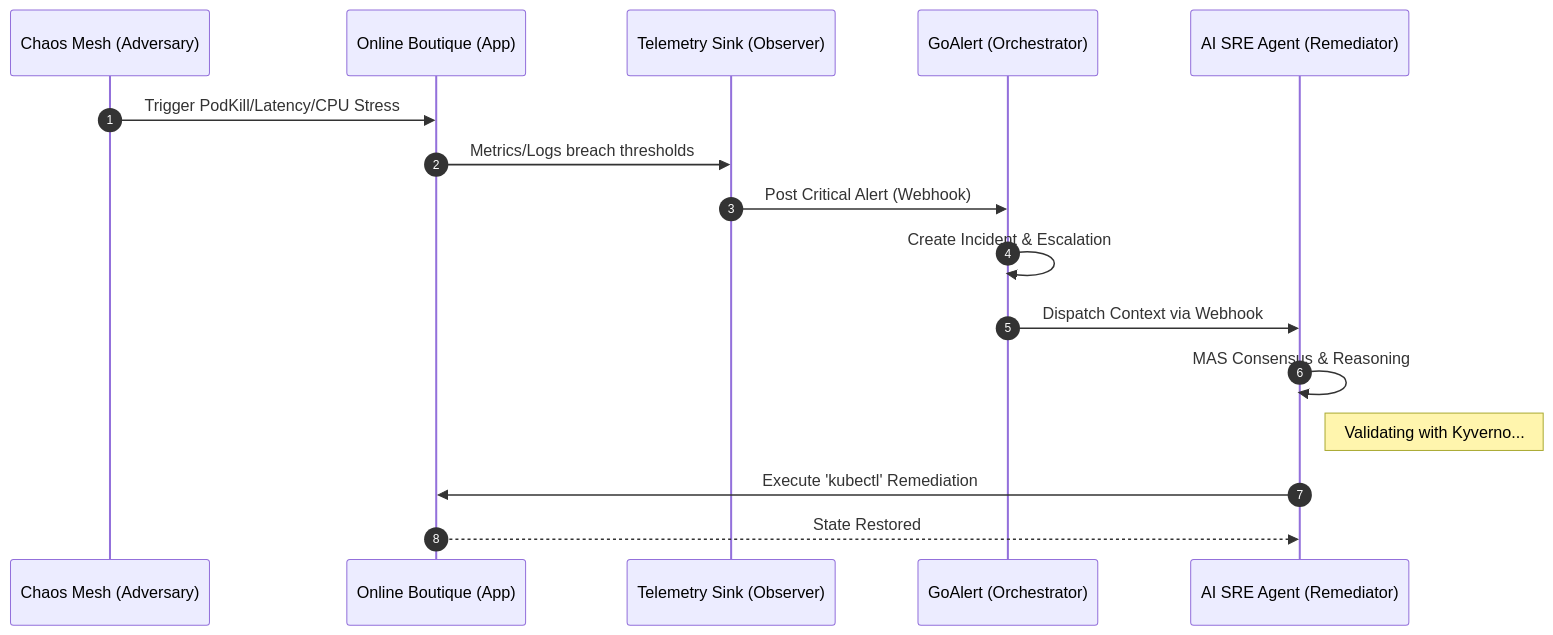
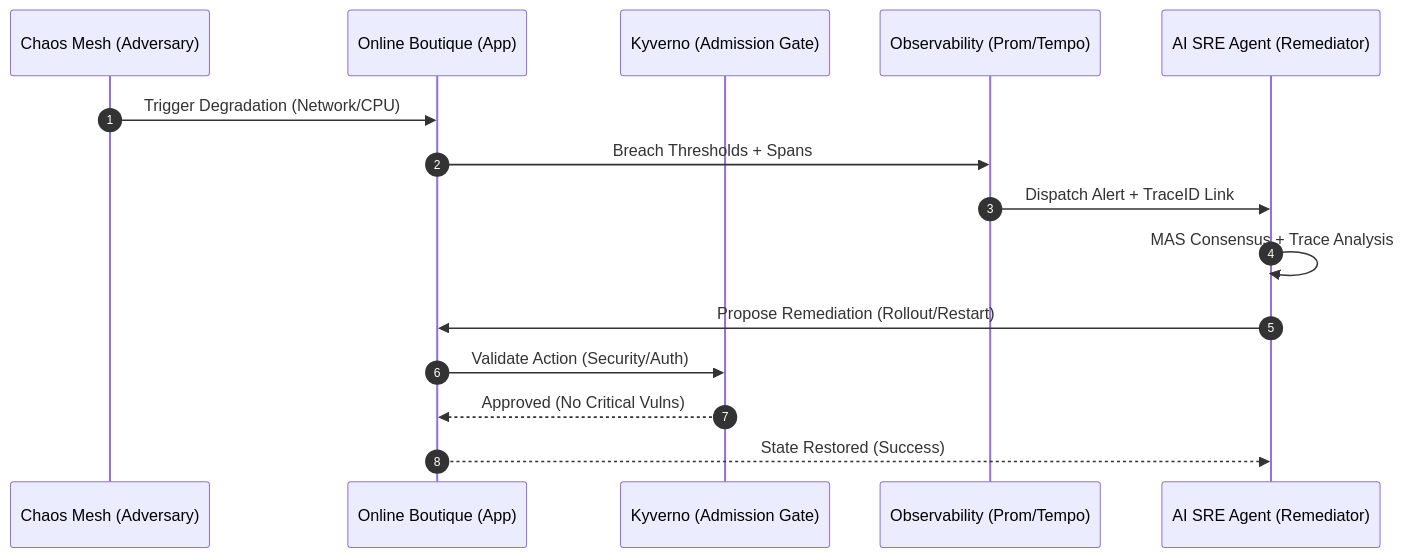
Before and after one commit to fbscotta369/ai4all-sre: the fourth of 4 diagrams in docs/reference/system-architecture.md, drawn with Mermaid. The commit also changed other lines of this file and 20 other files, not shown here.

````diff
--- a/docs/reference/system-architecture.md
+++ b/docs/reference/system-architecture.md
@@ -117,19 +115,18 @@
 ```mermaid
 sequenceDiagram
     autonumber
     participant C as Chaos Mesh (Adversary)
     participant A as Online Boutique (App)
-    participant S as Telemetry Sink (Observer)
-    participant G as GoAlert (Orchestrator)
+    participant V as Kyverno (Admission Gate)
+    participant S as Observability (Prom/Tempo)
     participant AG as AI SRE Agent (Remediator)
 
-    C->>A: Trigger PodKill/Latency/CPU Stress
-    A->>S: Metrics/Logs breach thresholds
-    S->>G: Post Critical Alert (Webhook)
-    G->>G: Create Incident & Escalation
-    G->>AG: Dispatch Context via Webhook
-    AG->>AG: MAS Consensus & Reasoning
-    Note right of AG: Validating with Kyverno...
-    AG->>A: Execute 'kubectl' Remediation
-    A-->>AG: State Restored
+    C->>A: Trigger Degradation (Network/CPU)
+    A->>S: Breach Thresholds + Spans
+    S->>AG: Dispatch Alert + TraceID Link
+    AG->>AG: MAS Consensus + Trace Analysis
+    AG->>A: Propose Remediation (Rollout/Restart)
+    A->>V: Validate Action (Security/Auth)
+    V-->>A: Approved (No Critical Vulns)
+    A-->>AG: State Restored (Success)
 ```
````
